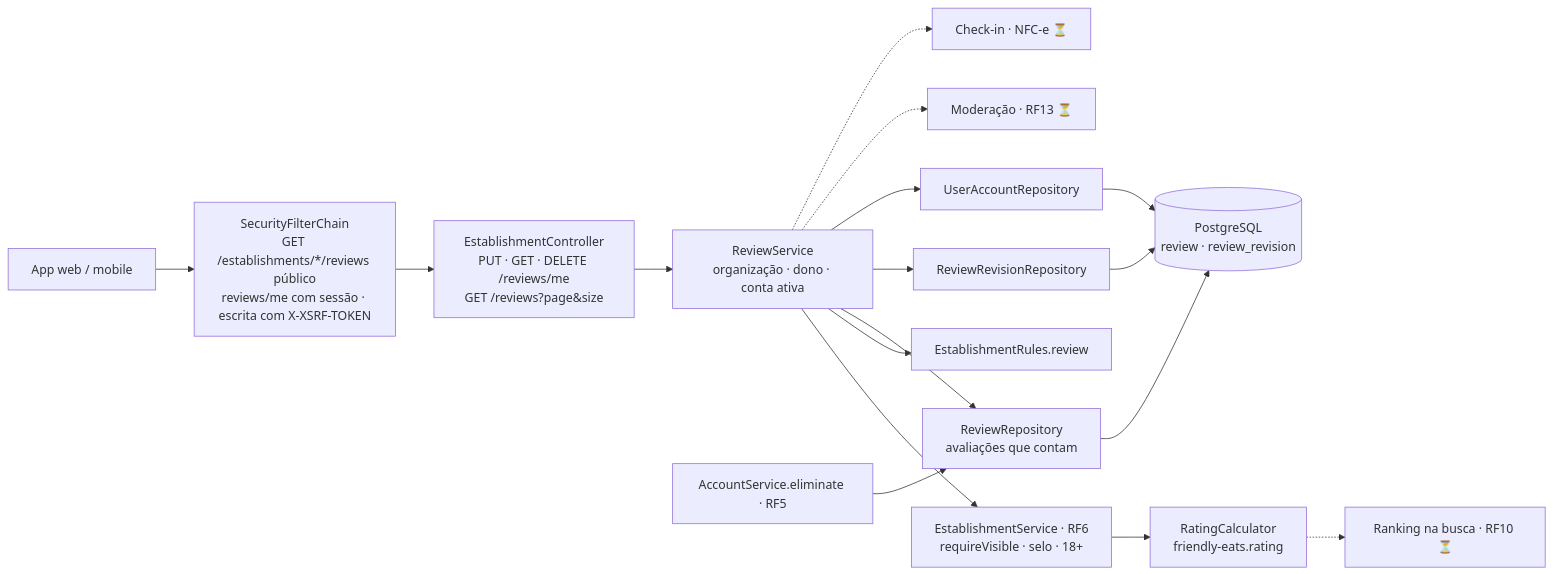
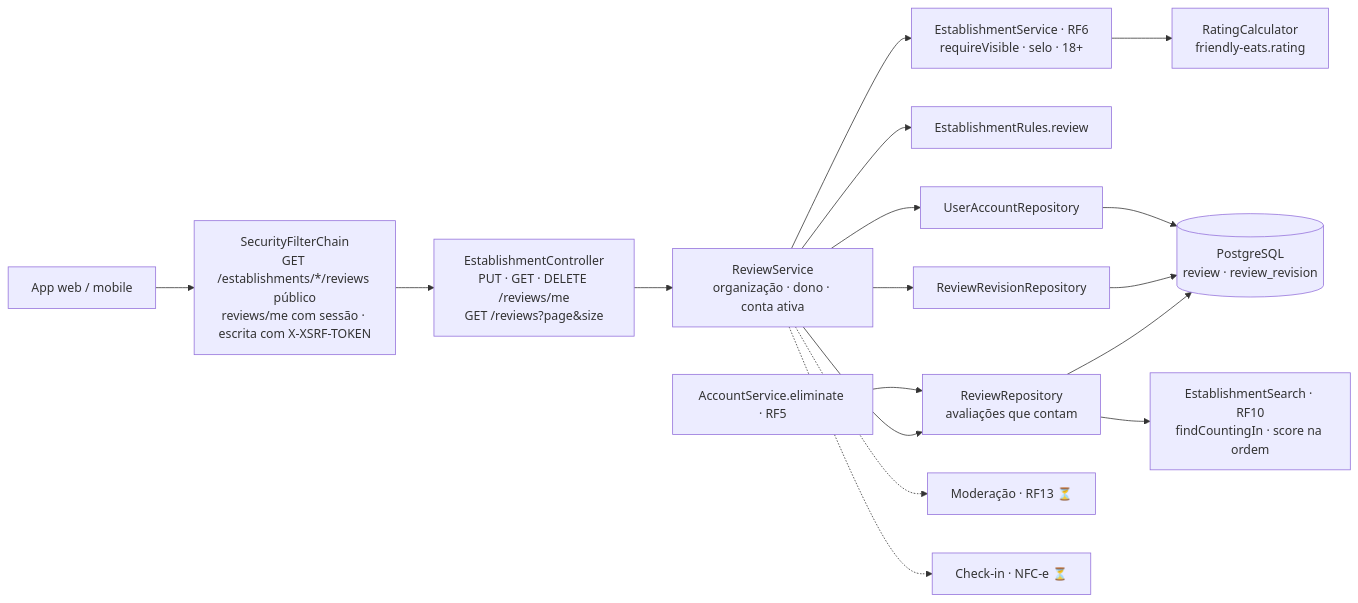
Before and after one commit to MatheusHaliski/Friendly-Eats: the diagram in docs/RF8/componentes.md, drawn with Mermaid. The commit also changed 21 other files, not shown here.

````diff
--- a/docs/RF8/componentes.md
+++ b/docs/RF8/componentes.md
@@ -3,17 +3,17 @@
 ```mermaid
 flowchart LR
     APP["App web / mobile"] --> SEC["SecurityFilterChain<br/>GET /establishments/*/reviews público<br/>reviews/me com sessão · escrita com X-XSRF-TOKEN"]
     SEC --> EC["EstablishmentController<br/>PUT · GET · DELETE /reviews/me<br/>GET /reviews?page&size"]
     EC --> RS["ReviewService<br/>organização · dono · conta ativa"]
     RS --> ES["EstablishmentService · RF6<br/>requireVisible · selo · 18+"]
     RS --> RU["EstablishmentRules.review"]
     RS --> RR["ReviewRepository<br/>avaliações que contam"]
     RS --> RV["ReviewRevisionRepository"]
     RS --> UR["UserAccountRepository"]
     ES --> RC["RatingCalculator<br/>friendly-eats.rating"]
     RR & RV & UR --> PG[("PostgreSQL<br/>review · review_revision")]
     AS["AccountService.eliminate · RF5"] --> RR
-    RC -.-> BUSCA["Ranking na busca · RF10 ⏳"]
+    RR --> BUSCA["EstablishmentSearch · RF10<br/>findCountingIn · score na ordem"]
     RS -.-> MOD["Moderação · RF13 ⏳"]
     RS -.-> VER["Check-in · NFC-e ⏳"]
 ```
````
